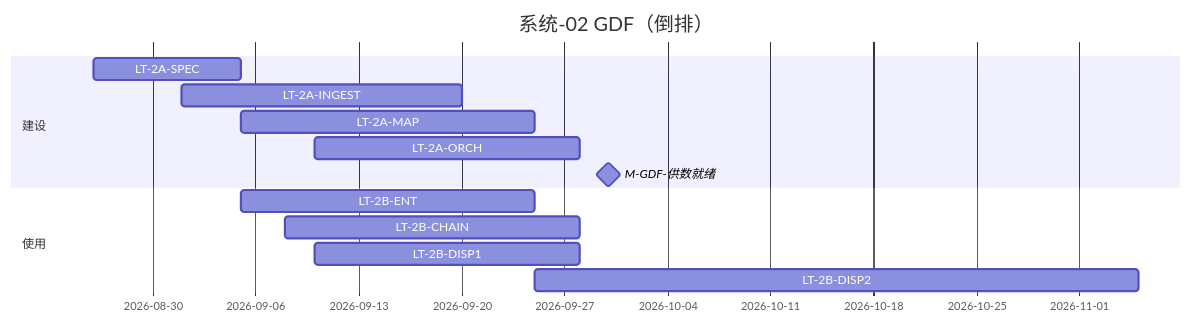
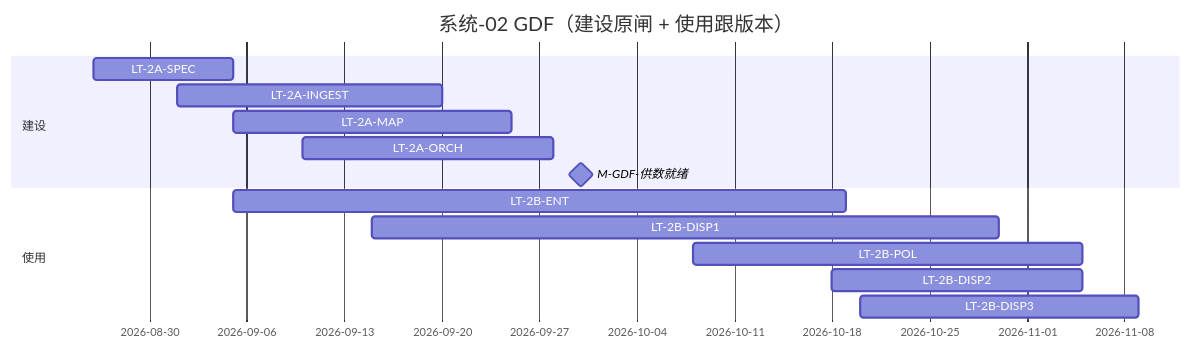
One commit to Marisolebxf/- changed the diagram in agent-delivery/工程过程/02-策划与监控/02-智树工作计划/02-进度/系统-02-数据中台GDF.md. Above: the diagram before and after it, drawn with Mermaid. The commit also changed other lines of this file and 17 other files, not shown here.

````diff
--- a/agent-delivery/工程过程/02-策划与监控/02-智树工作计划/02-进度/系统-02-数据中台GDF.md
+++ b/agent-delivery/工程过程/02-策划与监控/02-智树工作计划/02-进度/系统-02-数据中台GDF.md
@@ -31,23 +34,24 @@
 ```mermaid
 ---
 config:
   gantt:
     useMaxWidth: true
   themeVariables:
     fontSize: 14px
 ---
 gantt
-    title 系统-02 GDF（倒排）
+    title 系统-02 GDF（建设原闸 + 使用跟版本）
     dateFormat YYYY-MM-DD
     section 建设
     LT-2A-SPEC     :a0, 2026-08-26, 2026-09-05
     LT-2A-INGEST   :a1, 2026-09-01, 2026-09-20
     LT-2A-MAP      :a2, 2026-09-05, 2026-09-25
     LT-2A-ORCH     :a3, 2026-09-10, 2026-09-28
     M-GDF-供数就绪 :milestone, ar, 2026-09-30, 0d
     section 使用
-    LT-2B-ENT      :b1, 2026-09-05, 2026-09-25
-    LT-2B-CHAIN    :b2, 2026-09-08, 2026-09-28
-    LT-2B-DISP1    :b3, 2026-09-10, 2026-09-28
-    LT-2B-DISP2    :b4, 2026-09-25, 2026-11-05
+    LT-2B-ENT      :b1, 2026-09-05, 2026-10-19
+    LT-2B-DISP1    :b3, 2026-09-15, 2026-10-30
+    LT-2B-POL      :b4, 2026-10-08, 2026-11-05
+    LT-2B-DISP2    :b5, 2026-10-18, 2026-11-05
+    LT-2B-DISP3    :b6, 2026-10-20, 2026-11-09
 ```
````
